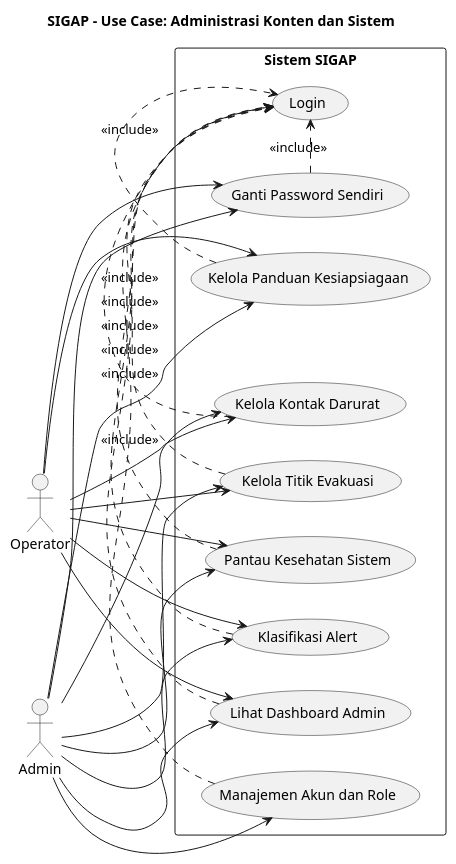
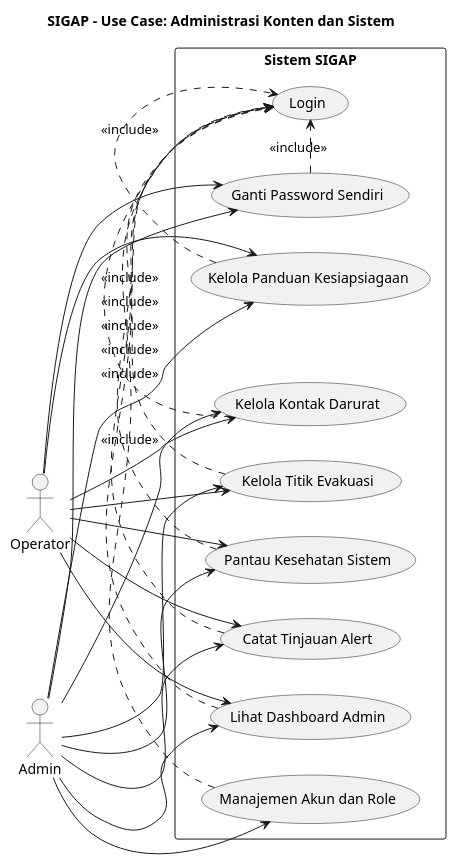
Before and after one commit to Vextronode/sigap_app: the diagram in docs/business/usecase/uc_admin_dashboard.puml, drawn with PlantUML. The commit also changed 79 other files, not shown here.

```diff
--- a/docs/business/usecase/uc_admin_dashboard.puml
+++ b/docs/business/usecase/uc_admin_dashboard.puml
@@ -1,46 +1,46 @@
 @startuml uc_admin_dashboard
 left to right direction
 title SIGAP - Use Case: Administrasi Konten dan Sistem
 
 actor "Admin" as Admin
 actor "Operator" as Operator
 
 rectangle "Sistem SIGAP" {
   usecase "Login" as UC0
   usecase "Kelola Kontak Darurat" as UC1
   usecase "Kelola Titik Evakuasi" as UC2
   usecase "Kelola Panduan Kesiapsiagaan" as UC3
-  usecase "Klasifikasi Alert" as UC4
+  usecase "Catat Tinjauan Alert" as UC4
   usecase "Lihat Dashboard Admin" as UC5
   usecase "Pantau Kesehatan Sistem" as UC6
   usecase "Ganti Password Sendiri" as UC7
   usecase "Manajemen Akun dan Role" as UC8
 }
 
 Admin --> UC1
 Admin --> UC2
 Admin --> UC3
 Admin --> UC4
 Admin --> UC5
 Admin --> UC6
 Admin --> UC7
 Admin --> UC8
 
 Operator --> UC1
 Operator --> UC2
 Operator --> UC3
 Operator --> UC4
 Operator --> UC5
 Operator --> UC6
 Operator --> UC7
 
 UC1 .> UC0 : <<include>>
 UC2 .> UC0 : <<include>>
 UC3 .> UC0 : <<include>>
 UC4 .> UC0 : <<include>>
 UC5 .> UC0 : <<include>>
 UC6 .> UC0 : <<include>>
 UC7 .> UC0 : <<include>>
 UC8 .> UC0 : <<include>>
 
 @enduml
```
